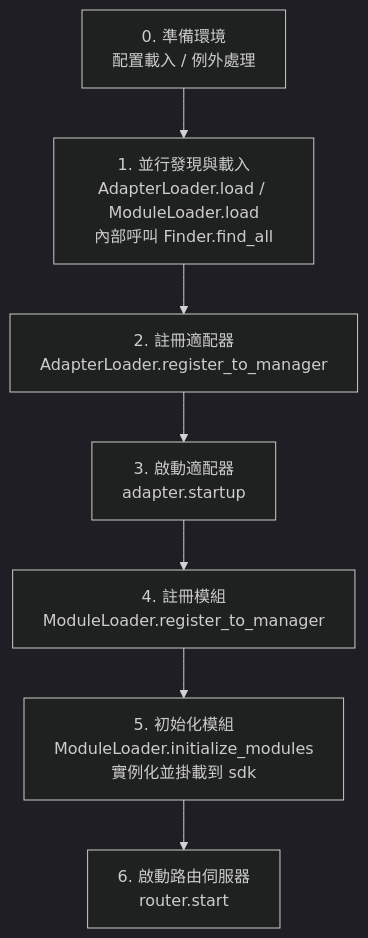
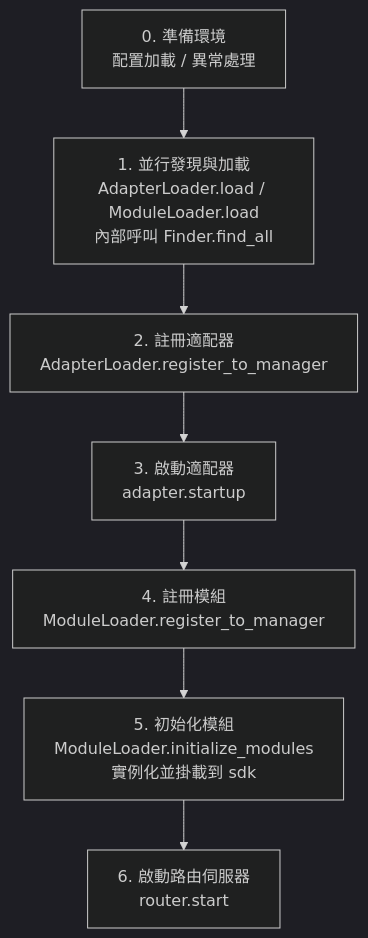
The diagram in docs/zh-TW/advanced/startup.md (ErisPulse/ErisPulse), drawn with Mermaid (dark theme) before and after one commit. The commit also changed other lines of this file and 143 other files, not shown here.

````diff
--- a/docs/zh-TW/advanced/startup.md
+++ b/docs/zh-TW/advanced/startup.md
@@ -27,10 +130,10 @@
 ```mermaid
 flowchart TD
-    A[0. 準備環境<br/>配置載入 / 例外處理] --> B
-    B[1. 並行發現與載入<br/>AdapterLoader.load / ModuleLoader.load<br/>內部呼叫 Finder.find_all] --> C
+    A[0. 準備環境<br/>配置加載 / 異常處理] --> B
+    B[1. 並行發現與加載<br/>AdapterLoader.load / ModuleLoader.load<br/>內部呼叫 Finder.find_all] --> C
     C[2. 註冊適配器<br/>AdapterLoader.register_to_manager] --> D
     D[3. 啟動適配器<br/>adapter.startup] --> E
     E[4. 註冊模組<br/>ModuleLoader.register_to_manager] --> F
     F[5. 初始化模組<br/>ModuleLoader.initialize_modules<br/>實例化並掛載到 sdk] --> G
     G[6. 啟動路由伺服器<br/>router.start]
 ```
````
